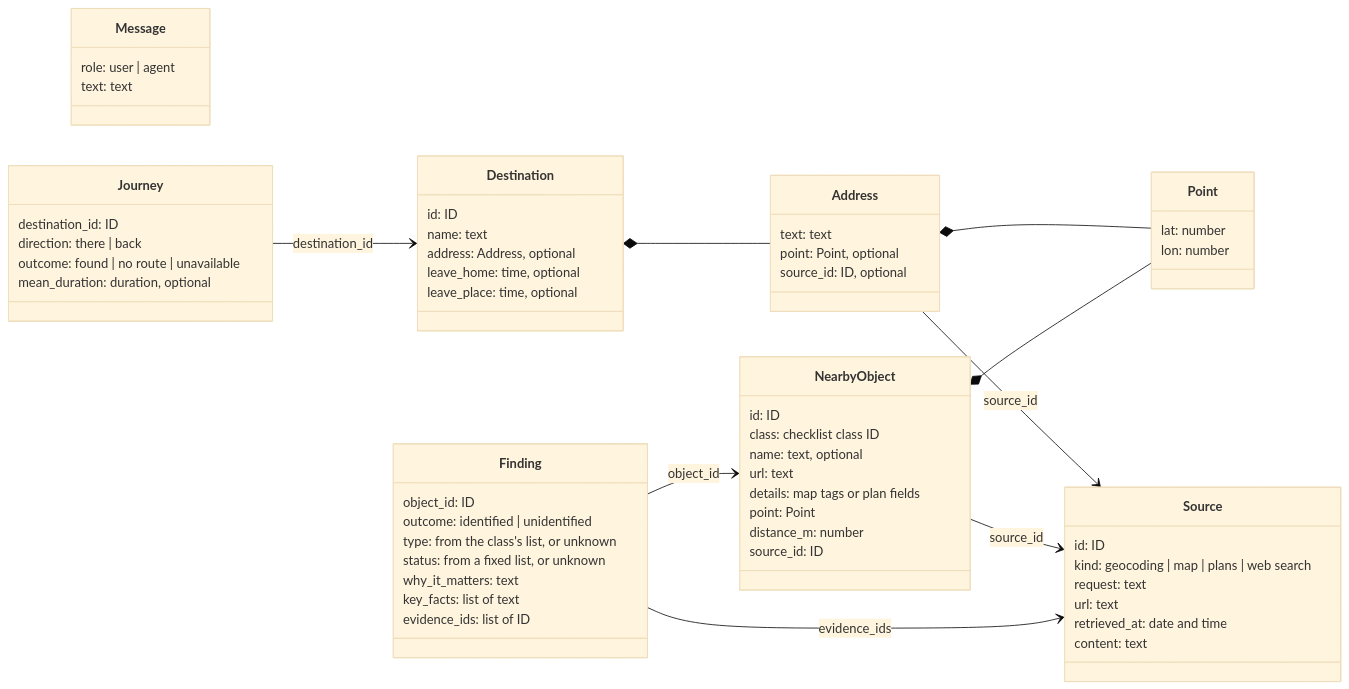
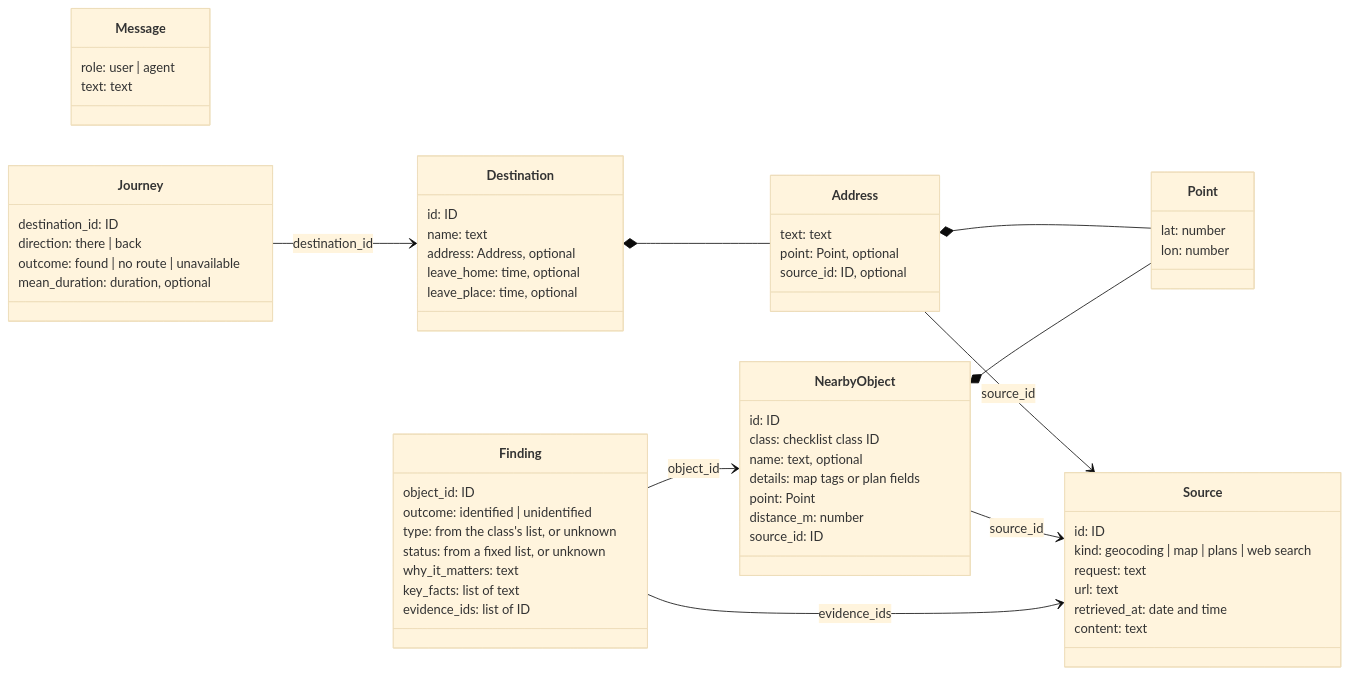
Before and after one commit to avashchenkov/out-of-frame: the second of 2 diagrams in docs/architecture.md, drawn with Mermaid (base theme). The commit also changed other lines of this file, not shown here.

````diff
--- a/docs/architecture.md
+++ b/docs/architecture.md
@@ -216,65 +217,64 @@
 ```mermaid
 classDiagram
     direction LR
     class Message {
         role: user | agent
         text: text
     }
     class Address {
         text: text
         point: Point, optional
         source_id: ID, optional
     }
     class Point {
         lat: number
         lon: number
     }
     class Destination {
         id: ID
         name: text
         address: Address, optional
         leave_home: time, optional
         leave_place: time, optional
     }
     class Source {
         id: ID
         kind: geocoding | map | plans | web search
         request: text
         url: text
         retrieved_at: date and time
         content: text
     }
     class NearbyObject {
         id: ID
         class: checklist class ID
         name: text, optional
-        url: text
         details: map tags or plan fields
         point: Point
         distance_m: number
         source_id: ID
     }
     class Finding {
         object_id: ID
         outcome: identified | unidentified
         type: from the class's list, or unknown
         status: from a fixed list, or unknown
         why_it_matters: text
         key_facts: list of text
         evidence_ids: list of ID
     }
     class Journey {
         destination_id: ID
         direction: there | back
         outcome: found | no route | unavailable
         mean_duration: duration, optional
     }
     Destination *-- Address
     Address *-- Point
     Address --> Source : source_id
     NearbyObject *-- Point
     NearbyObject --> Source : source_id
     Finding --> NearbyObject : object_id
     Finding --> Source : evidence_ids
     Journey --> Destination : destination_id
 ```
````
